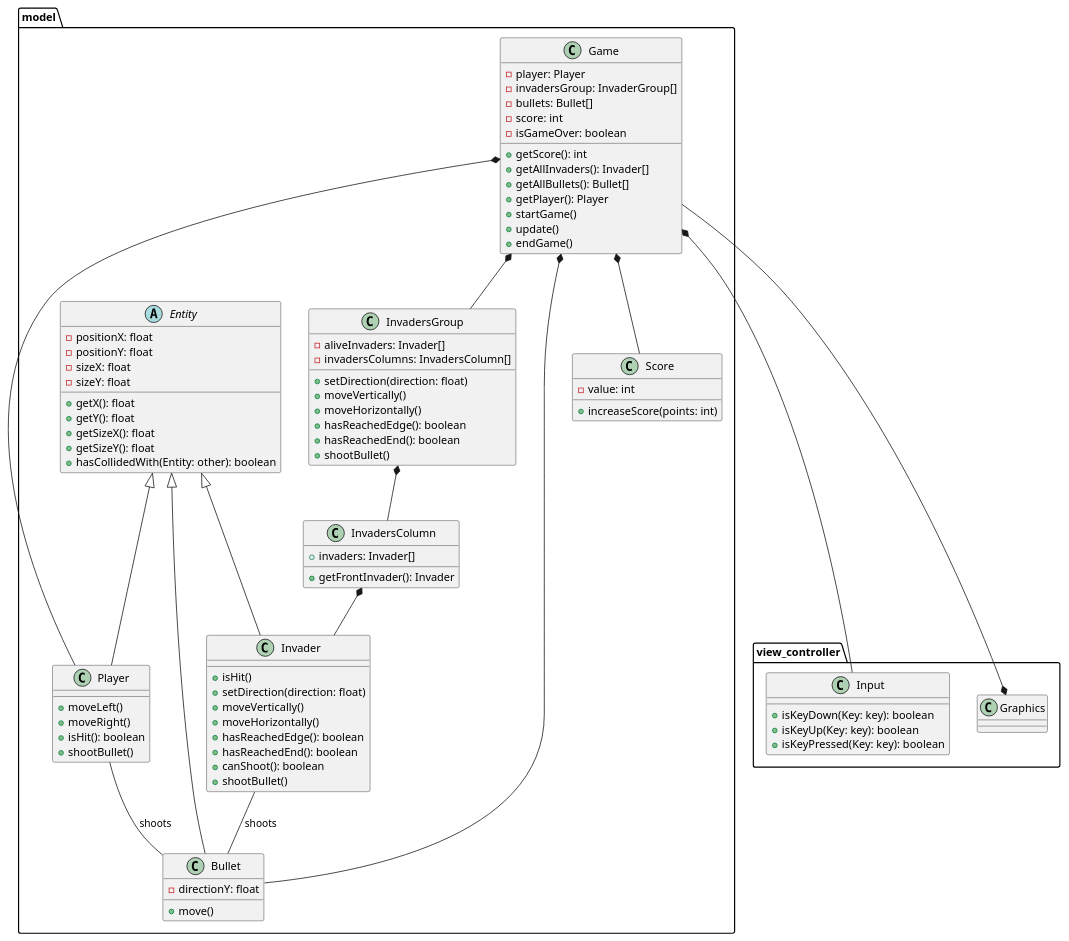
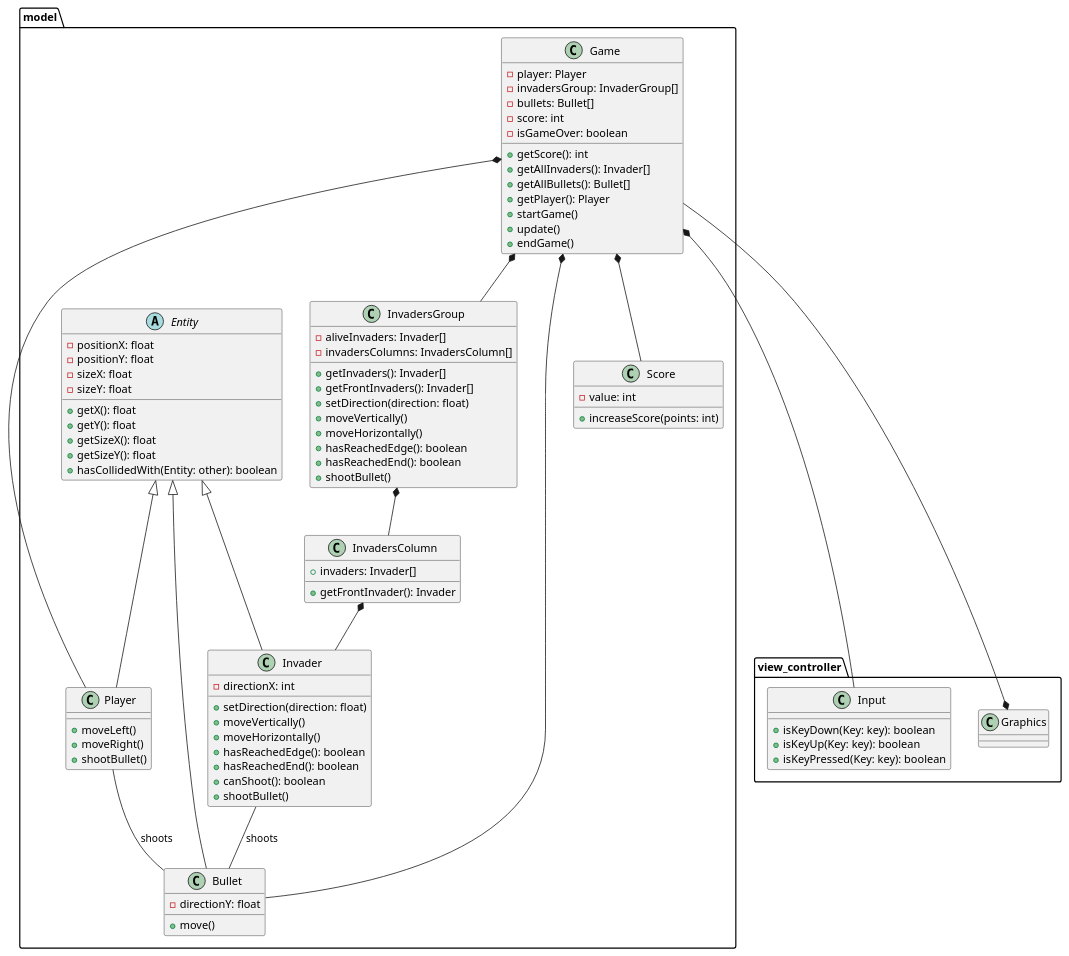
One commit to PotatoInTheBox/sudoku-starfighters changed the diagram in src/documents/ClassDiagramSource.md. Above: the diagram before and after it, drawn with PlantUML. The commit also changed 3 other files, not shown here.

Commit message:
create SequenceDiagram

```diff
--- a/src/documents/ClassDiagramSource.md
+++ b/src/documents/ClassDiagramSource.md
@@ -21,13 +21,14 @@
   class Player {
     + moveLeft()
     + moveRight()
-    + isHit(): boolean
     + shootBullet()
   }
 
   class InvadersGroup {
     - aliveInvaders: Invader[]
     - invadersColumns: InvadersColumn[]
+    + getInvaders(): Invader[]
+    + getFrontInvaders(): Invader[]
     + setDirection(direction: float)
     + moveVertically()
     + moveHorizontally()
@@ -42,7 +43,7 @@
   }
 
   class Invader {
-    + isHit()
+    - directionX: int
     + setDirection(direction: float)
     + moveVertically()
     + moveHorizontally()
```
